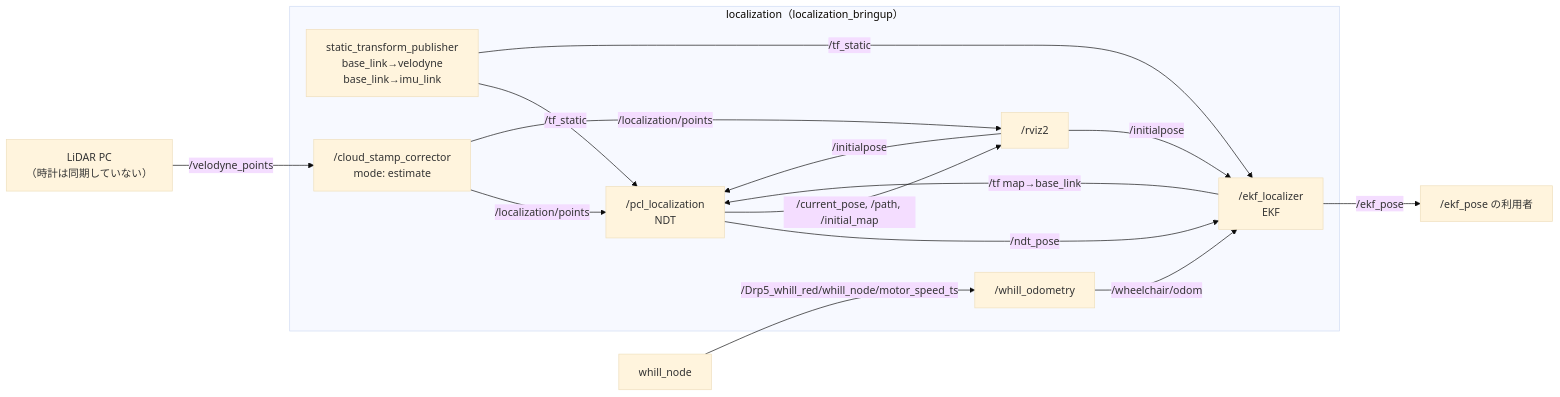
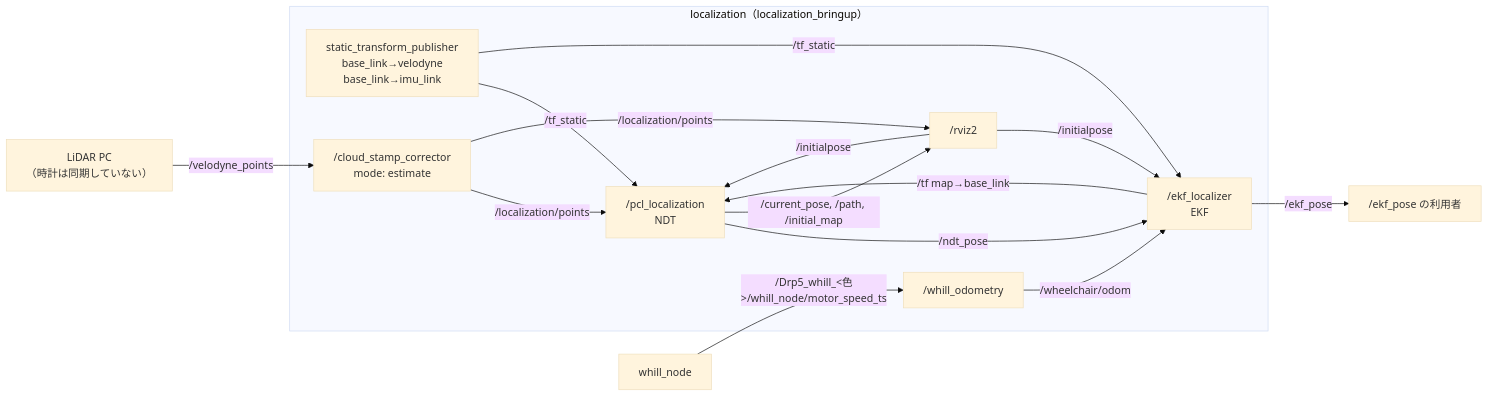
Before and after one commit to MaeharaTakumi/localization_bringup: the second of 3 diagrams in docs/node_graph.md, drawn with Mermaid (base theme). The commit also changed 3 other files, not shown here.

First line of the commit message:
実機の車椅子の色（blue・red・white）を launch の whill:=<色> で選ぶ

````diff
--- a/docs/node_graph.md
+++ b/docs/node_graph.md
@@ -51,31 +51,31 @@
 ```mermaid
 flowchart LR
   lidar["LiDAR PC<br/>（時計は同期していない）"]
   whill["whill_node"]
   subgraph LOC["localization（localization_bringup）"]
     wodom["/whill_odometry"]
     stf["static_transform_publisher<br/>base_link→velodyne<br/>base_link→imu_link"]
     csc["/cloud_stamp_corrector<br/>mode: estimate"]
     ndt["/pcl_localization<br/>NDT"]
     ekf["/ekf_localizer<br/>EKF"]
     rviz["/rviz2"]
   end
 
   user["/ekf_pose の利用者"]
 
   lidar -->|"/velodyne_points"| csc
   csc -->|"/localization/points"| ndt
-  whill -->|"/Drp5_whill_red/whill_node/motor_speed_ts"| wodom
+  whill -->|"/Drp5_whill_&lt;色&gt;/whill_node/motor_speed_ts"| wodom
   wodom -->|"/wheelchair/odom"| ekf
   stf -->|"/tf_static"| ndt
   stf -->|"/tf_static"| ekf
 
   ndt -->|"/ndt_pose"| ekf
   ekf -->|"/tf map→base_link"| ndt
   ekf -->|"/ekf_pose"| user
 
   csc -->|"/localization/points"| rviz
   ndt -->|"/current_pose, /path, /initial_map"| rviz
   rviz -->|"/initialpose"| ndt
   rviz -->|"/initialpose"| ekf
 ```
````
